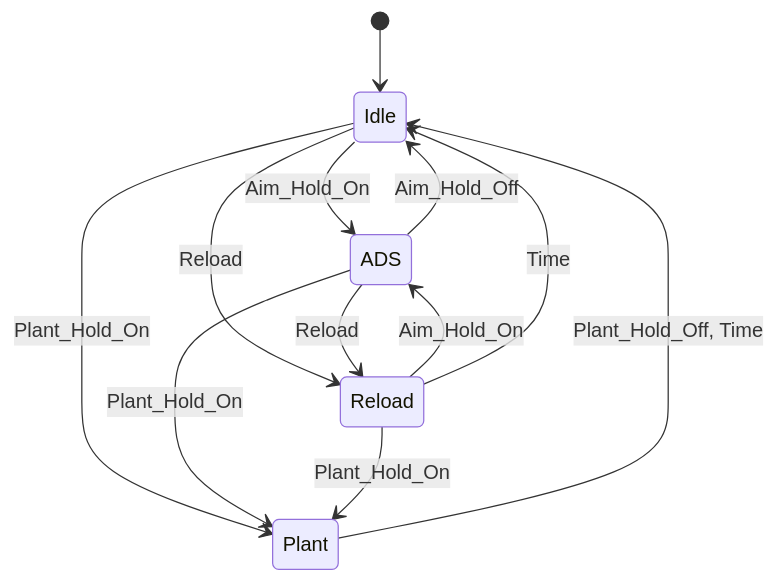
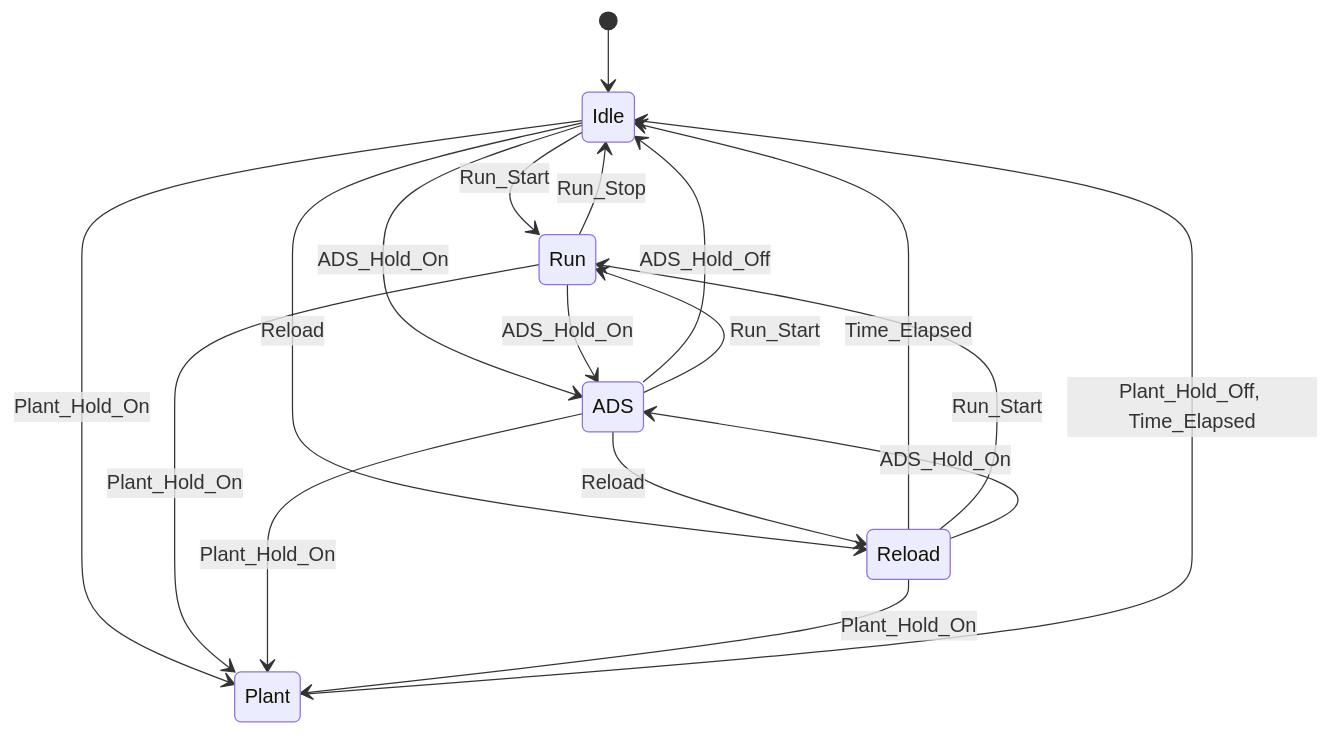
The second of 2 diagrams in FPS/Docs/PlayerCharacterController_AnimationState.md (kedzkiest/FPS), drawn with Mermaid before and after one commit. The commit also changed other lines of this file, not shown here.

Commit message:
状態と遷移の追加

````diff
--- a/FPS/Docs/PlayerCharacterController_AnimationState.md
+++ b/FPS/Docs/PlayerCharacterController_AnimationState.md
@@ -27,18 +27,25 @@
 ```mermaid
 stateDiagram-v2
     [*] --> Idle
 
-    Idle --> ADS: Aim_Hold_On
+    Idle --> Run: Run_Start
+    Idle --> ADS: ADS_Hold_On
     Idle --> Reload: Reload
     Idle --> Plant: Plant_Hold_On
 
-    ADS --> Idle: Aim_Hold_Off
+    Run --> Idle: Run_Stop
+    Run --> ADS: ADS_Hold_On
+    Run --> Plant: Plant_Hold_On
+
+    ADS --> Idle: ADS_Hold_Off
+    ADS --> Run: Run_Start
     ADS --> Reload: Reload
     ADS --> Plant: Plant_Hold_On
 
-    Reload --> ADS: Aim_Hold_On
-    Reload --> Idle: Time
+    Reload --> Idle: Time_Elapsed
+    Reload --> Run: Run_Start
+    Reload --> ADS: ADS_Hold_On
     Reload --> Plant: Plant_Hold_On
 
-    Plant --> Idle: Plant_Hold_Off, Time
+    Plant --> Idle: Plant_Hold_Off, Time_Elapsed
 ```
````
